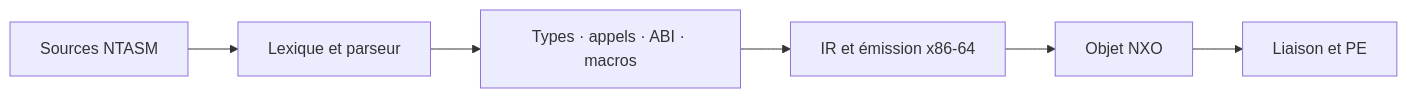
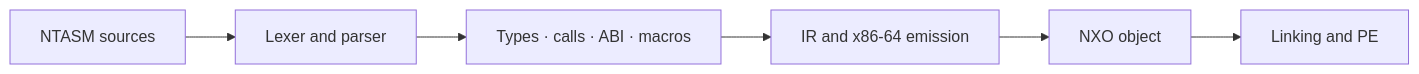
One commit to stephaneyauy-lang/nexoragenesis changed the diagram in README.md. Above: the diagram before and after it, drawn with Mermaid. The commit also changed other lines of this file and 1 other file, not shown here.

Commit message:
Translate the README, roadmaps and banner into English

````diff
--- a/README.md
+++ b/README.md
@@ -28,8 +28,8 @@
 ```mermaid
 flowchart LR
-    A[Sources NTASM] --> B[Lexique et parseur]
-    B --> C[Types · appels · ABI · macros]
-    C --> D[IR et émission x86-64]
-    D --> E[Objet NXO]
-    E --> F[Liaison et PE]
+    A[NTASM sources] --> B[Lexer and parser]
+    B --> C[Types · calls · ABI · macros]
+    C --> D[IR and x86-64 emission]
+    D --> E[NXO object]
+    E --> F[Linking and PE]
 ```
````
